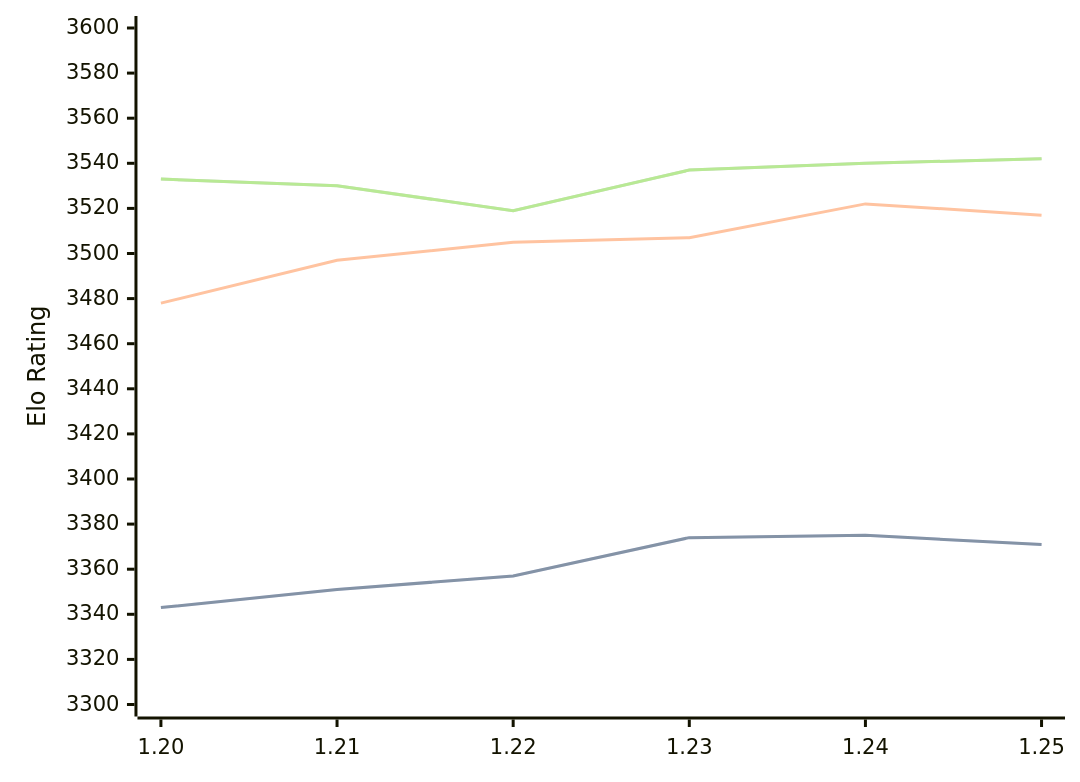
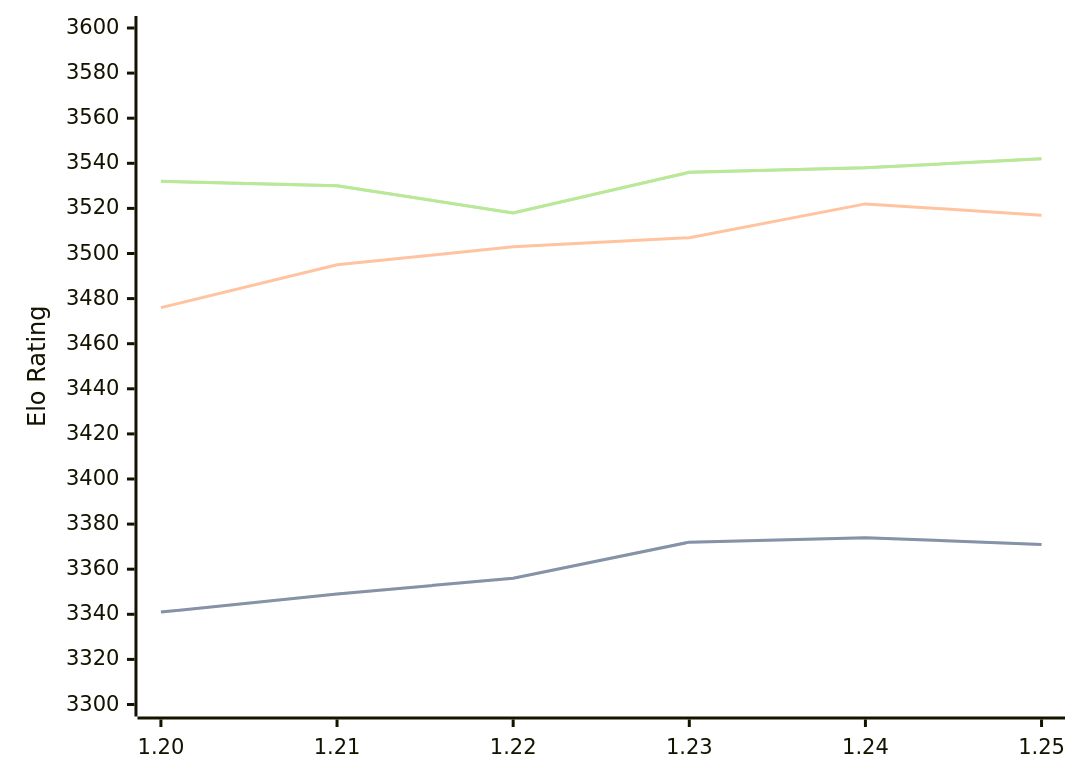
One commit to computer-chess-index/cci changed the first of 3 diagrams in engines/Caissa.md. Above: the diagram before and after it, drawn with Mermaid. The commit also changed other lines of this file, not shown here.

Commit message:
Update CCI Ratings (ELO VLTC) - 2026-06-27

````diff
--- a/engines/Caissa.md
+++ b/engines/Caissa.md
@@ -65,11 +65,11 @@
 ```mermaid
 %%{init: {"theme":"base","themeVariables":{"seriesColors:['#a3a3a3','#222221','#faa371']}}}%%
 xychart-beta
   x-axis ["1.20", "1.21", "1.22", "1.23", "1.24", "1.25"]
   y-axis "Elo Rating" 3300 --> 3600
-  line "STC (8.0+0.08s)" [3343, 3351, 3357, 3374, 3375, 3371]
-  line "STC (8.0+0.08s)" [3343, 3351, 3357, 3374, 3375, 3371]
-  line "LTC (60.0+0.60s)" [3478, 3497, 3505, 3507, 3522, 3517]
-  line "VLTC (2m24s+1.12s)" [3533, 3530, 3519, 3537, 3540, 3542]
-  line "VLTC (2m24s+1.12s)" [3533, 3530, 3519, 3537, 3540, 3542]
+  line "STC (8.0+0.08s)" [3341, 3349, 3356, 3372, 3374, 3371]
+  line "STC (8.0+0.08s)" [3341, 3349, 3356, 3372, 3374, 3371]
+  line "LTC (60.0+0.60s)" [3476, 3495, 3503, 3507, 3522, 3517]
+  line "VLTC (2m24s+1.12s)" [3532, 3530, 3518, 3536, 3538, 3542]
+  line "VLTC (2m24s+1.12s)" [3532, 3530, 3518, 3536, 3538, 3542]
 ```
````
